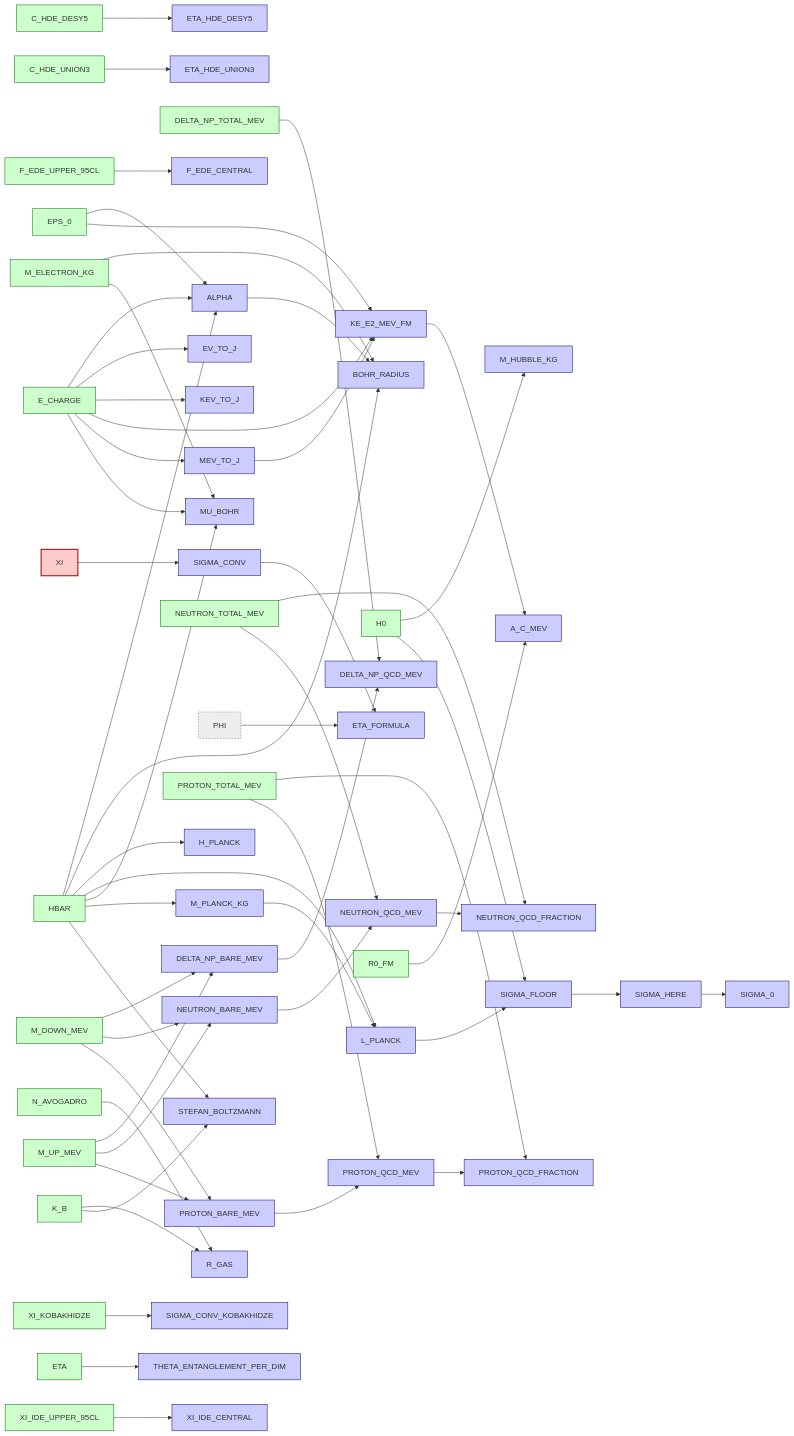
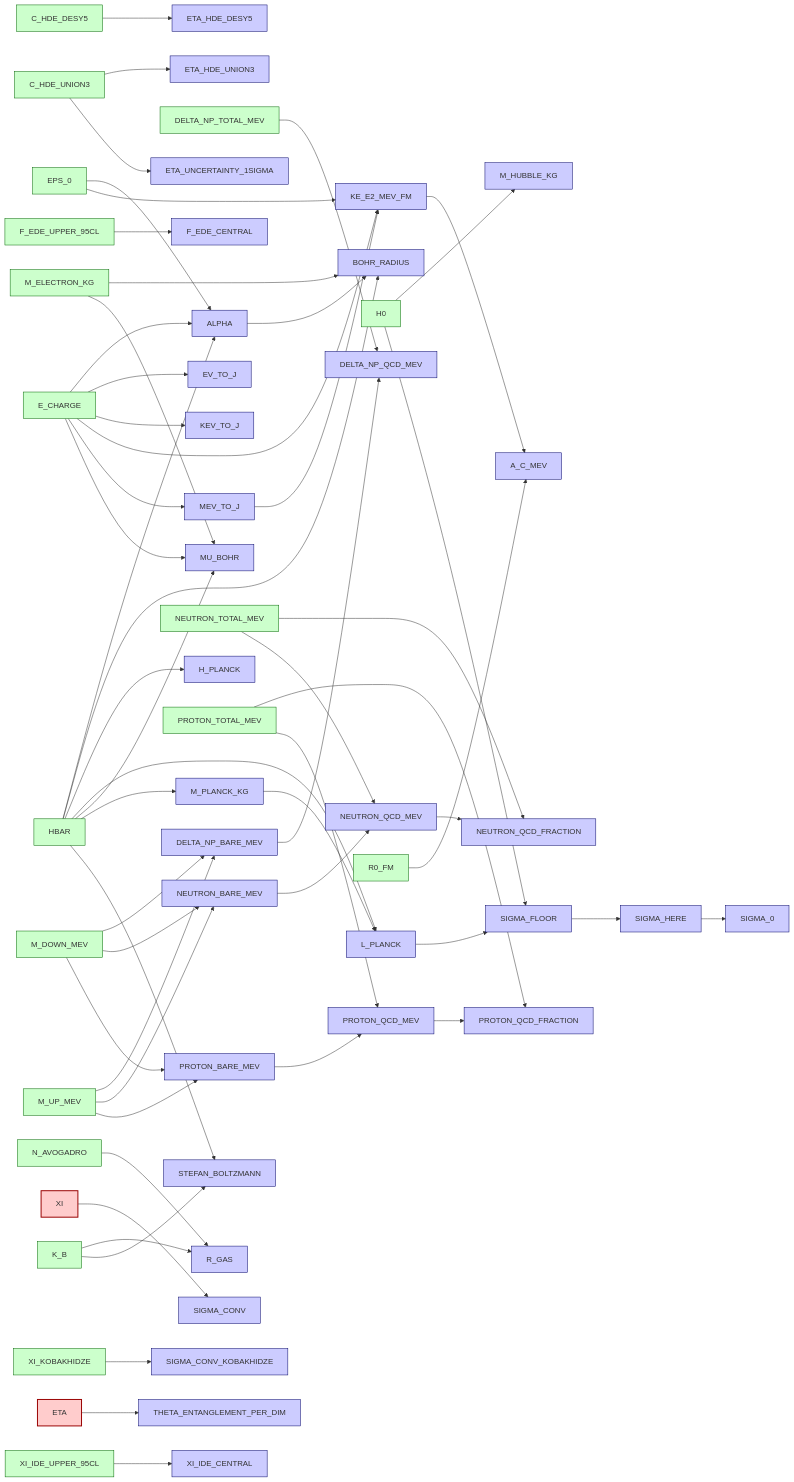
One commit to aaronsrhodes2/sigma-ground changed the diagram in sigma_ground/field/PROVENANCE.md. Above: the diagram before and after it, drawn with Mermaid. The commit also changed other lines of this file and 10 other files, not shown here.

```diff
--- a/sigma_ground/field/PROVENANCE.md
+++ b/sigma_ground/field/PROVENANCE.md
@@ -50,10 +52,10 @@
     DELTA_NP_QCD_MEV["DELTA_NP_QCD_MEV"]:::derived
     DELTA_NP_TOTAL_MEV["DELTA_NP_TOTAL_MEV"]:::measured
     EPS_0["EPS_0"]:::measured
-    ETA["ETA"]:::measured
-    ETA_FORMULA["ETA_FORMULA"]:::derived
+    ETA["ETA"]:::freeinput
     ETA_HDE_DESY5["ETA_HDE_DESY5"]:::derived
     ETA_HDE_UNION3["ETA_HDE_UNION3"]:::derived
+    ETA_UNCERTAINTY_1SIGMA["ETA_UNCERTAINTY_1SIGMA"]:::derived
     EV_TO_J["EV_TO_J"]:::derived
     E_CHARGE["E_CHARGE"]:::measured
     F_EDE_CENTRAL["F_EDE_CENTRAL"]:::derived
@@ -77,7 +79,6 @@
     NEUTRON_QCD_MEV["NEUTRON_QCD_MEV"]:::derived
     NEUTRON_TOTAL_MEV["NEUTRON_TOTAL_MEV"]:::measured
     N_AVOGADRO["N_AVOGADRO"]:::measured
-    PHI["PHI"]:::math
     PROTON_BARE_MEV["PROTON_BARE_MEV"]:::derived
     PROTON_QCD_FRACTION["PROTON_QCD_FRACTION"]:::derived
     PROTON_QCD_MEV["PROTON_QCD_MEV"]:::derived
@@ -108,10 +109,9 @@
     M_UP_MEV --> DELTA_NP_BARE_MEV
     DELTA_NP_BARE_MEV --> DELTA_NP_QCD_MEV
     DELTA_NP_TOTAL_MEV --> DELTA_NP_QCD_MEV
-    PHI --> ETA_FORMULA
-    SIGMA_CONV --> ETA_FORMULA
     C_HDE_DESY5 --> ETA_HDE_DESY5
     C_HDE_UNION3 --> ETA_HDE_UNION3
+    C_HDE_UNION3 --> ETA_UNCERTAINTY_1SIGMA
     E_CHARGE --> EV_TO_J
     F_EDE_UPPER_95CL --> F_EDE_CENTRAL
     HBAR --> H_PLANCK
```
